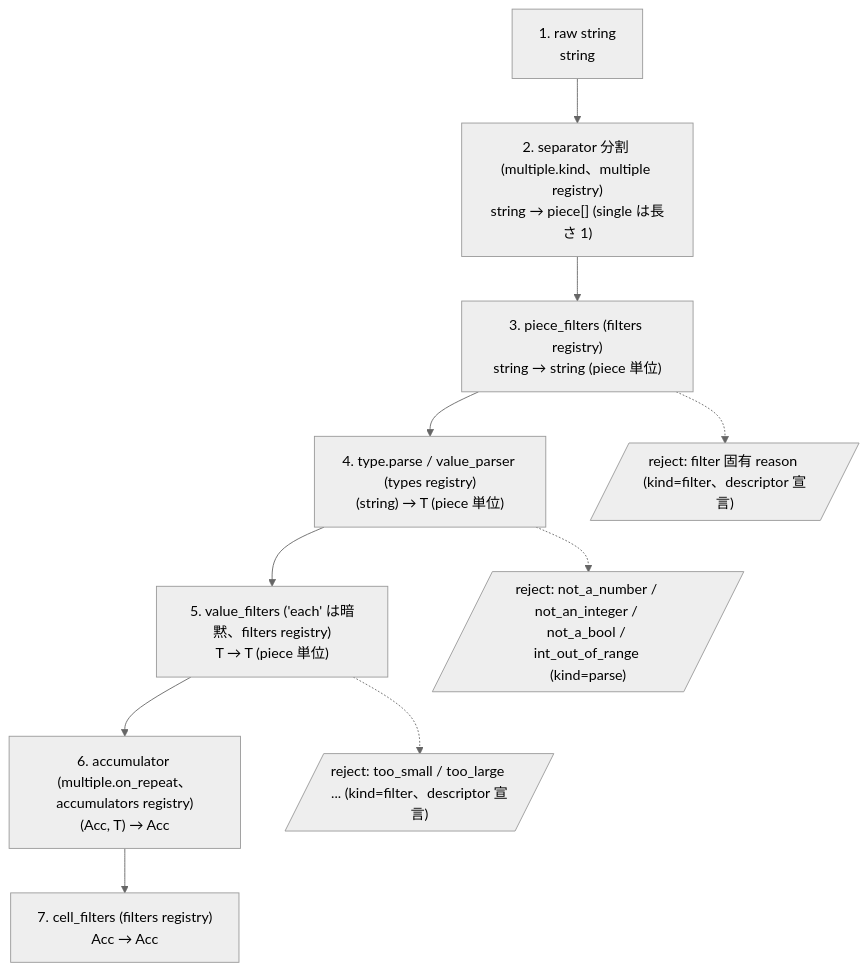
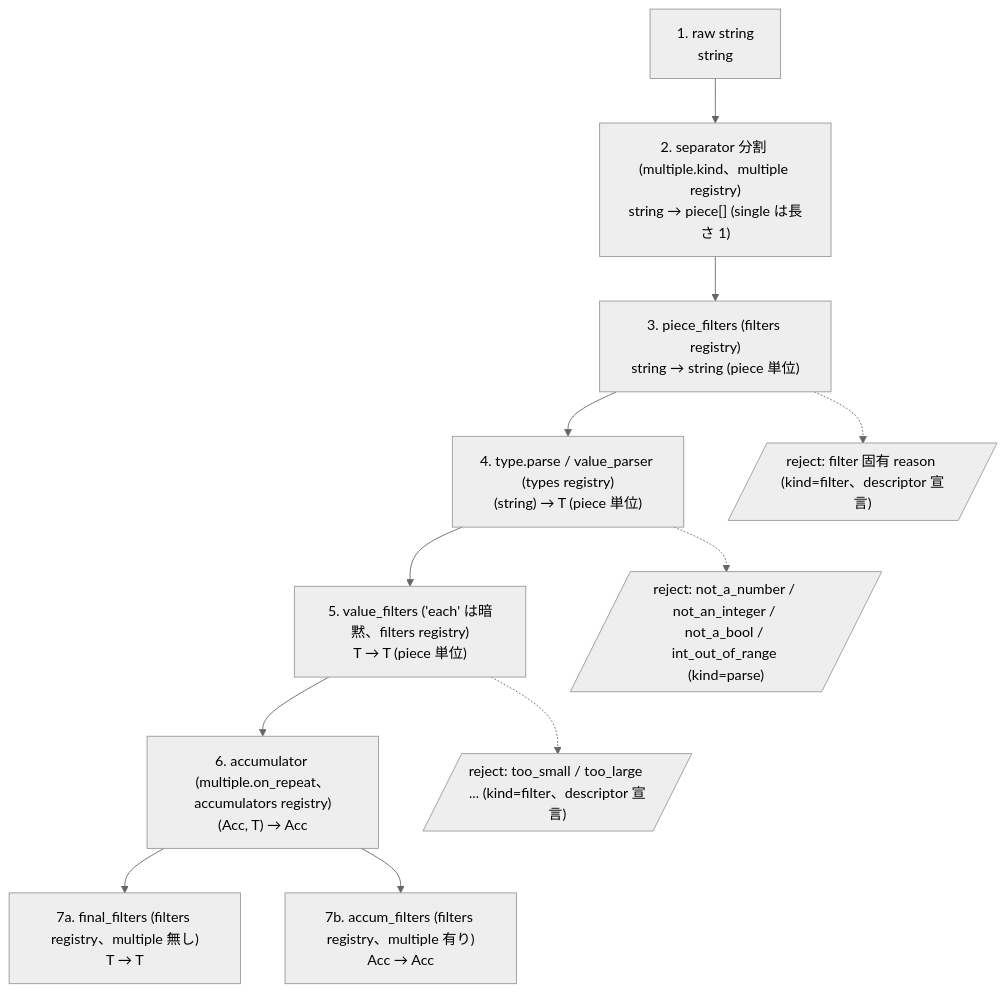
The second of 2 diagrams in docs/PIPELINE.md (kawaz/kuu), drawn with Mermaid (neutral theme) before and after one commit. The commit also changed other lines of this file, not shown here.

Commit message:
docs(PIPELINE): 段7 (cell_filters) を final_filters/accum_filters に再構成 (DR-102)

````diff
--- a/docs/PIPELINE.md
+++ b/docs/PIPELINE.md
@@ -57,22 +57,24 @@
 ```mermaid
 flowchart TD
   S1["1. raw string<br/>string"]
   S2["2. separator 分割 (multiple.kind、multiple registry)<br/>string → piece[] (single は長さ 1)"]
   S3["3. piece_filters (filters registry)<br/>string → string (piece 単位)"]
   S4["4. type.parse / value_parser (types registry)<br/>(string) → T (piece 単位)"]
   S5["5. value_filters ('each' は暗黙、filters registry)<br/>T → T (piece 単位)"]
   S6["6. accumulator (multiple.on_repeat、accumulators registry)<br/>(Acc, T) → Acc"]
-  S7["7. cell_filters (filters registry)<br/>Acc → Acc"]
+  S7a["7a. final_filters (filters registry、multiple 無し)<br/>T → T"]
+  S7b["7b. accum_filters (filters registry、multiple 有り)<br/>Acc → Acc"]
   R3[/"reject: filter 固有 reason (kind=filter、descriptor 宣言)"/]
   R4[/"reject: not_a_number / not_an_integer / not_a_bool / int_out_of_range (kind=parse)"/]
   R5[/"reject: too_small / too_large ... (kind=filter、descriptor 宣言)"/]
   S1 --> S2
   S2 --> S3
   S3 --> S4
   S4 --> S5
   S5 --> S6
-  S6 --> S7
+  S6 --> S7a
+  S6 --> S7b
   S3 -.-> R3
   S4 -.-> R4
   S5 -.-> R5
 ```
````
